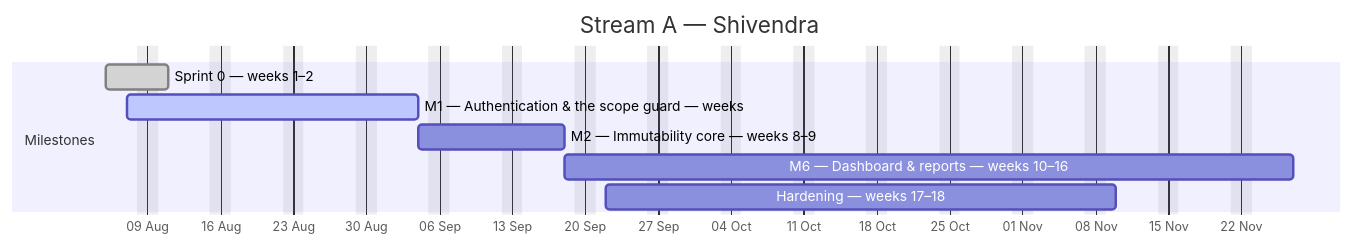
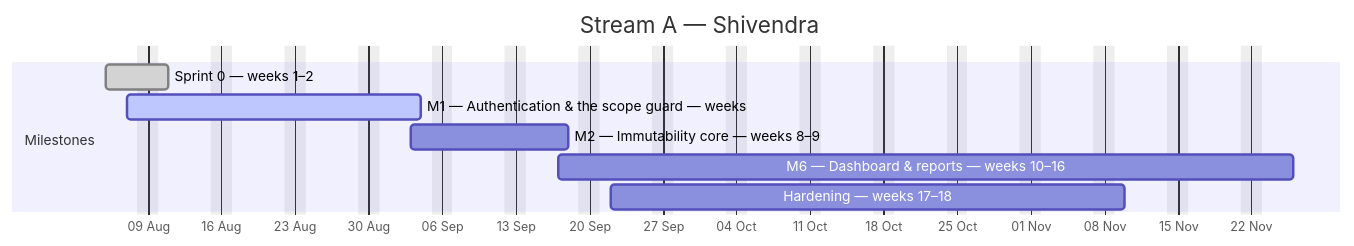
The first of 4 diagrams in docs/plan/GANTT.md (debashisedunext/EduTrack), drawn with Mermaid before and after one commit. The commit also changed other lines of this file and 16 other files, not shown here.

````diff
--- a/docs/plan/GANTT.md
+++ b/docs/plan/GANTT.md
@@ -129,13 +128,13 @@
 ```mermaid
 gantt
     dateFormat YYYY-MM-DD
     axisFormat %d %b
     title Stream A — Shivendra
     excludes weekends
     section Milestones
     Sprint 0 — weeks 1–2 :done, a0, 2026-08-05, 4d
     M1 — Authentication & the scope guard — weeks :active, a1, 2026-08-07, 20d
-    M2 — Immutability core — weeks 8–9 :a2, 2026-09-04, 10d
-    M6 — Dashboard & reports — weeks 10–16 :a3, 2026-09-18, 50d
+    M2 — Immutability core — weeks 8–9 :a2, 2026-09-03, 11d
+    M6 — Dashboard & reports — weeks 10–16 :a3, 2026-09-17, 50d
     Hardening — weeks 17–18 :a4, 2026-09-22, 35d
 ```
````
